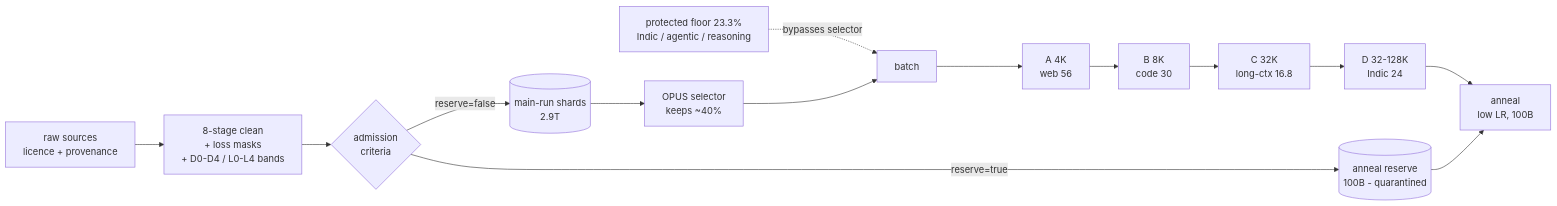
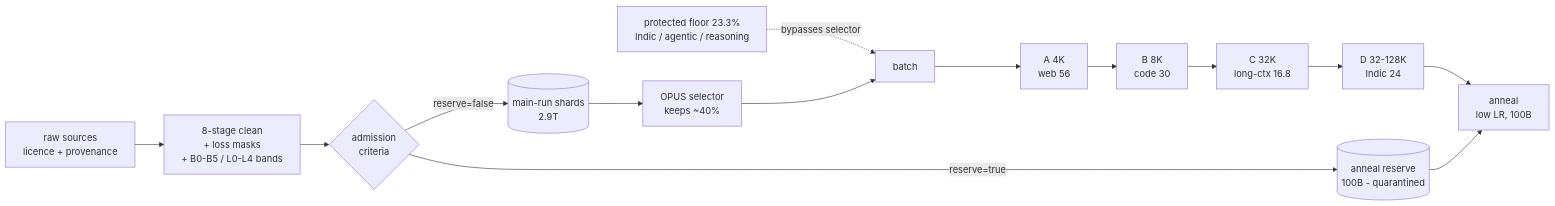
Before and after one commit to yasirreshi/Mixture-Curriculum-Strategy: the diagram in README.md, drawn with Mermaid. The commit also changed other lines of this file and 14 other files, not shown here.

````diff
--- a/README.md
+++ b/README.md
@@ -29,13 +29,13 @@
 ```mermaid
 flowchart LR
-  R[raw sources<br/>licence + provenance] --> C[8-stage clean<br/>+ loss masks<br/>+ D0-D4 / L0-L4 bands]
+  R[raw sources<br/>licence + provenance] --> C[8-stage clean<br/>+ loss masks<br/>+ B0-B5 / L0-L4 bands]
   C --> Q{admission<br/>criteria}
   Q -->|reserve=false| M[(main-run shards<br/>2.9T)]
   Q -->|reserve=true| V[(anneal reserve<br/>100B - quarantined)]
   M --> S[OPUS selector<br/>keeps ~40%]
   F[protected floor 23.3%<br/>Indic / agentic / reasoning] -.->|bypasses selector| B
   S --> B[batch]
   B --> A1[A 4K<br/>web 56] --> A2[B 8K<br/>code 30] --> A3[C 32K<br/>long-ctx 16.8] --> A4[D 32-128K<br/>Indic 24]
   A4 --> AN[anneal<br/>low LR, 100B]
   V --> AN
 ```
````
